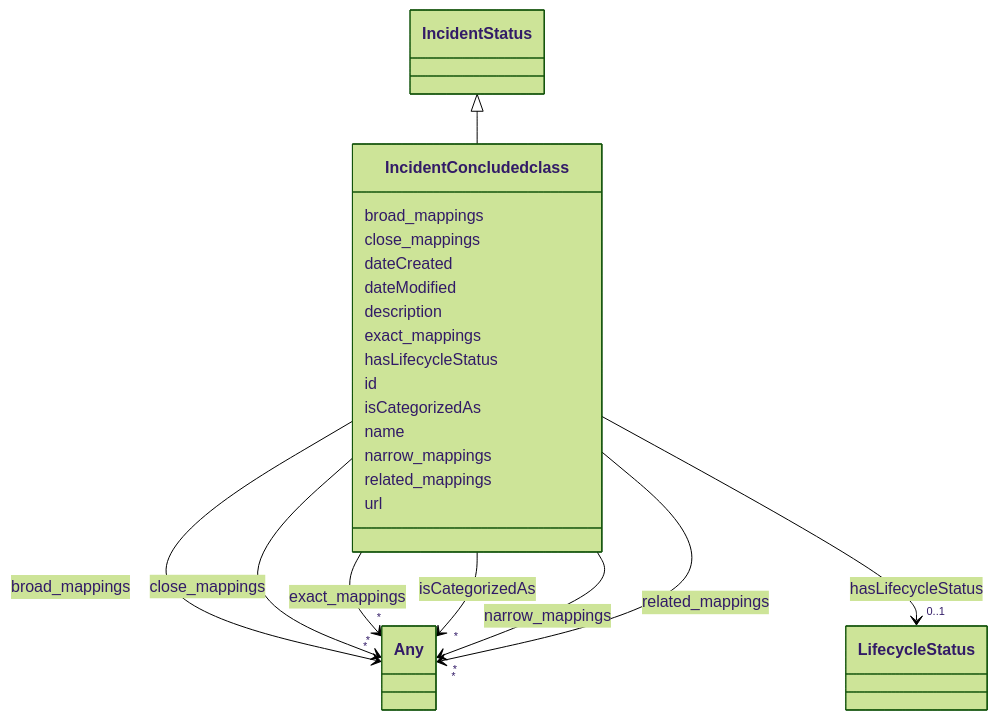
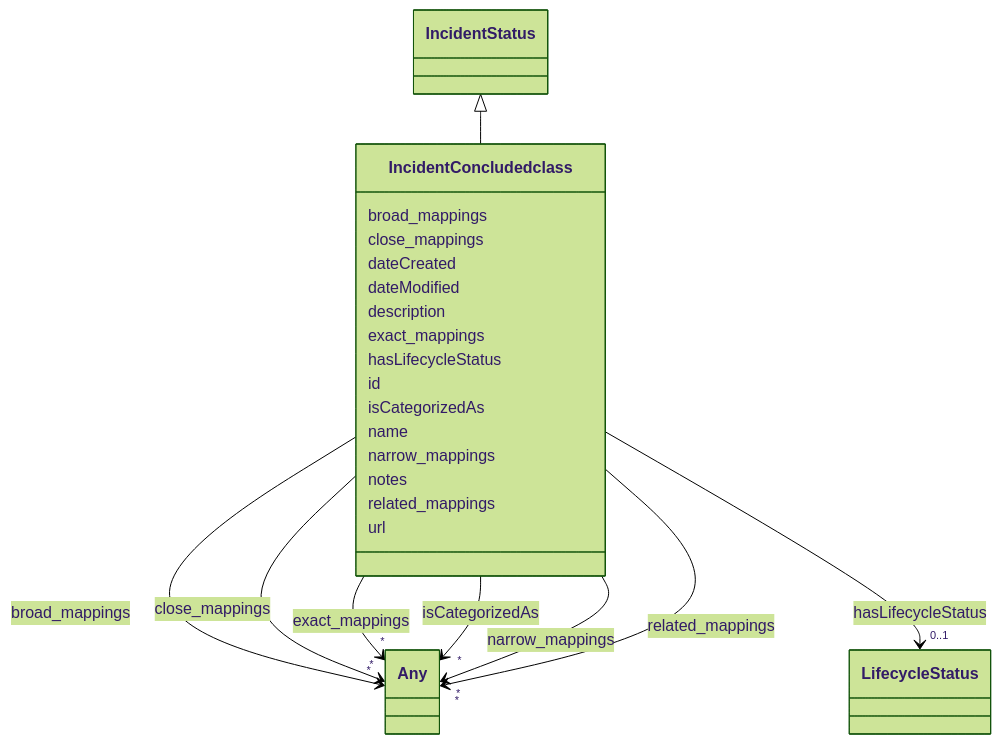
Before and after one commit to ingelise/risk-atlas-nexus: the diagram in docs/ontology/IncidentConcludedclass.md, drawn with Mermaid (forest theme). The commit also changed other lines of this file and 318 other files, not shown here.

```diff
--- a/docs/ontology/IncidentConcludedclass.md
+++ b/docs/ontology/IncidentConcludedclass.md
@@ -92,6 +92,8 @@
 
 
 
+      IncidentConcludedclass : notes
+
       IncidentConcludedclass : related_mappings
 
 
```
